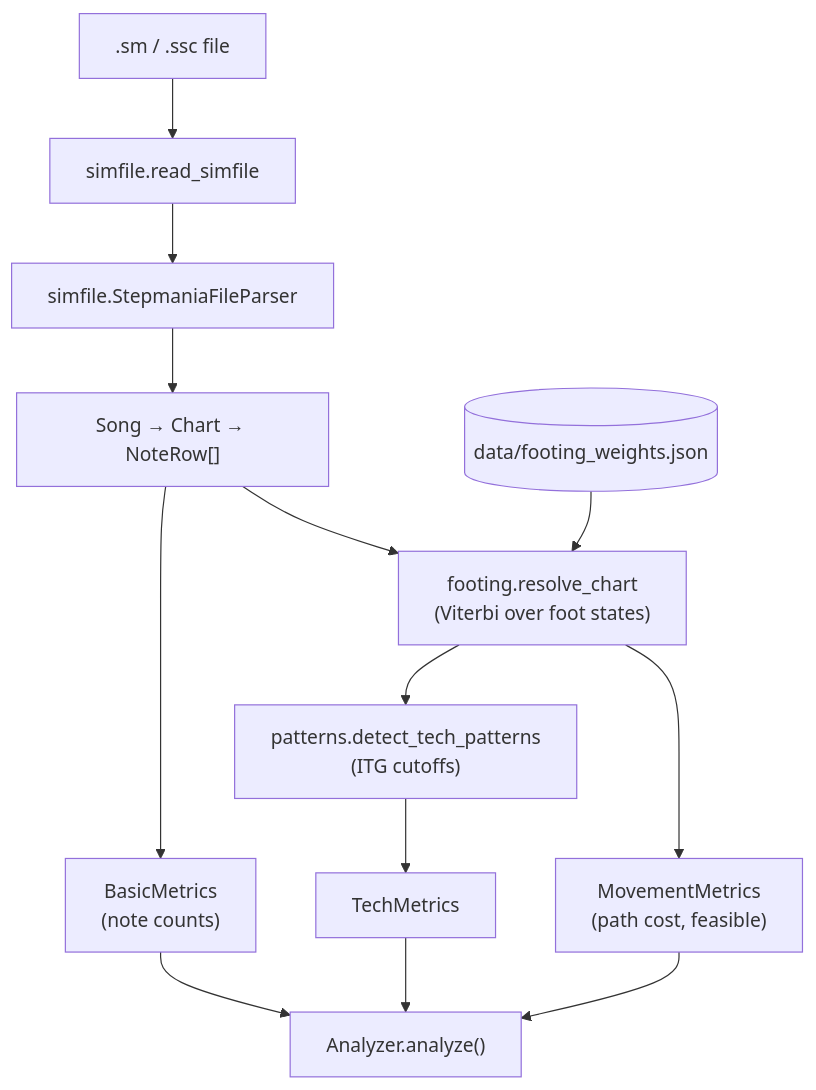
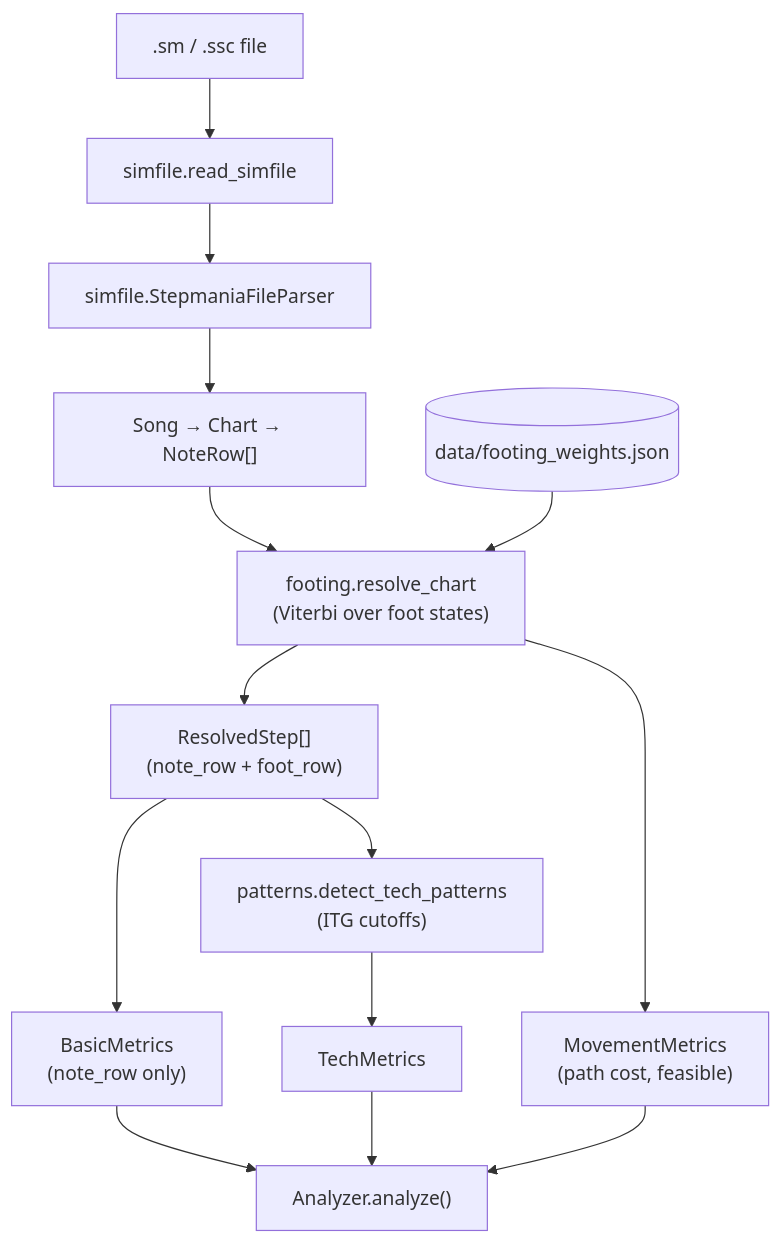
The diagram in docs/architecture.md (brandonabear/patternity), drawn with Mermaid before and after one commit. The commit also changed other lines of this file and 3 other files, not shown here.

Commit message:
Basic counts from resolved footing

````diff
--- a/docs/architecture.md
+++ b/docs/architecture.md
@@ -5,15 +5,16 @@
 ```mermaid
 flowchart TD
     file[".sm / .ssc file"] --> reader["simfile.read_simfile"]
     reader --> parser["simfile.StepmaniaFileParser"]
     parser --> song["Song → Chart → NoteRow[]"]
-    song --> basic["BasicMetrics<br/>(note counts)"]
     song --> footing["footing.resolve_chart<br/>(Viterbi over foot states)"]
     weights[("data/footing_weights.json")] --> footing
-    footing --> detector["patterns.detect_tech_patterns<br/>(ITG cutoffs)"]
+    footing --> steps["ResolvedStep[]<br/>(note_row + foot_row)"]
+    steps --> basic["BasicMetrics<br/>(note_row only)"]
+    steps --> detector["patterns.detect_tech_patterns<br/>(ITG cutoffs)"]
     footing --> movement["MovementMetrics<br/>(path cost, feasible)"]
     detector --> tech["TechMetrics"]
     basic --> report["Analyzer.analyze()"]
     tech --> report
     movement --> report
 ```
````
